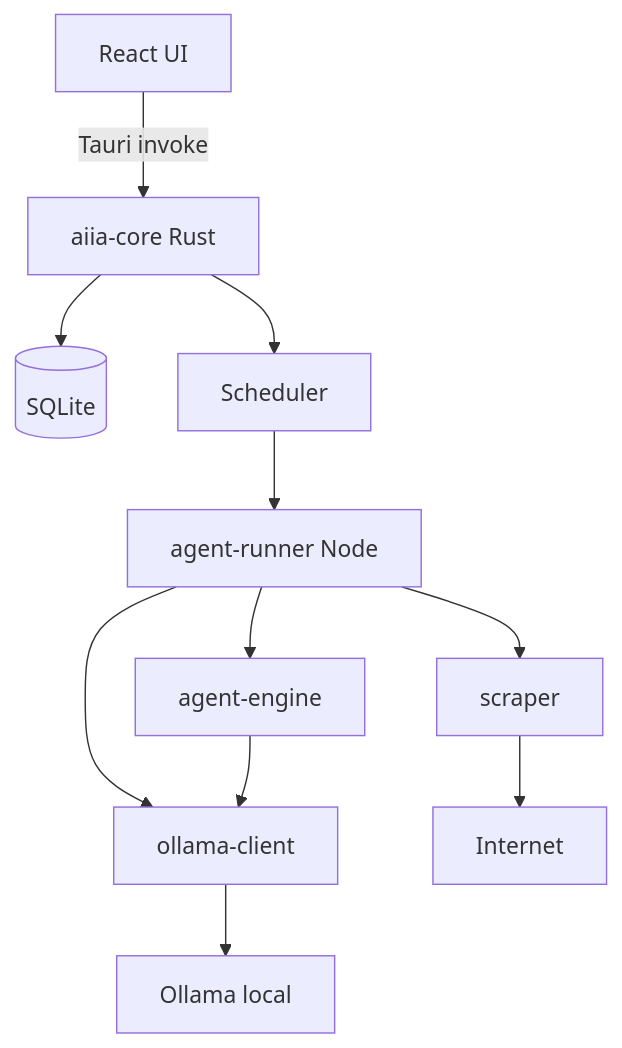
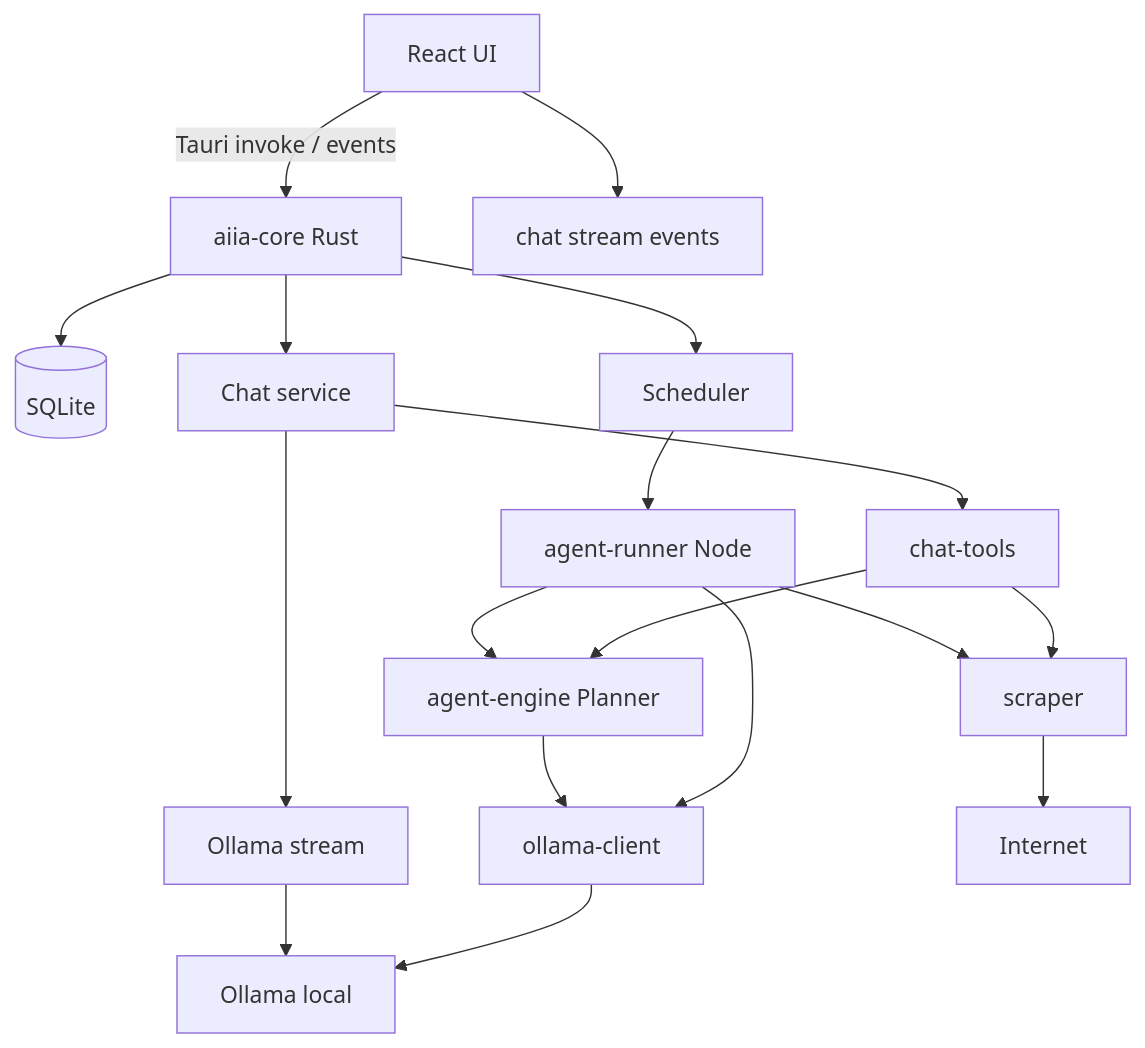
The diagram in docs/architecture.md (alkalo/AIIA), drawn with Mermaid before and after one commit. The commit also changed other lines of this file and 32 other files, not shown here.

First line of the commit message:
Add AIIA Chat: streaming UI, storage, tools

````diff
--- a/docs/architecture.md
+++ b/docs/architecture.md
@@ -5,13 +5,20 @@
 ```mermaid
 flowchart TB
-    UI[React UI] -->|Tauri invoke| Core[aiia-core Rust]
+    UI[React UI] -->|Tauri invoke / events| Core[aiia-core Rust]
+    UI --> ChatStream[chat stream events]
     Core --> DB[(SQLite)]
     Core --> Scheduler[Scheduler]
+    Core --> ChatSvc[Chat service]
+    ChatSvc --> OllamaChat[Ollama stream]
+    ChatSvc --> Tools[chat-tools]
+    Tools --> Scraper[scraper]
+    Tools --> Engine[agent-engine Planner]
     Scheduler --> Runner[agent-runner Node]
-    Runner --> Engine[agent-engine]
-    Runner --> Scraper[scraper]
+    Runner --> Engine
+    Runner --> Scraper
     Runner --> Ollama[ollama-client]
     Engine --> Ollama
     Scraper --> Web[Internet]
     Ollama --> OllamaSrv[Ollama local]
+    OllamaChat --> OllamaSrv
 ```
````
